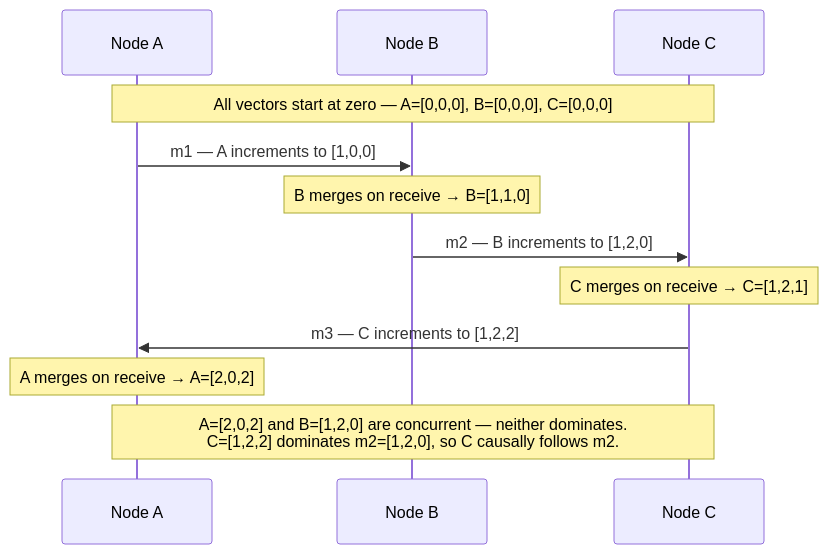
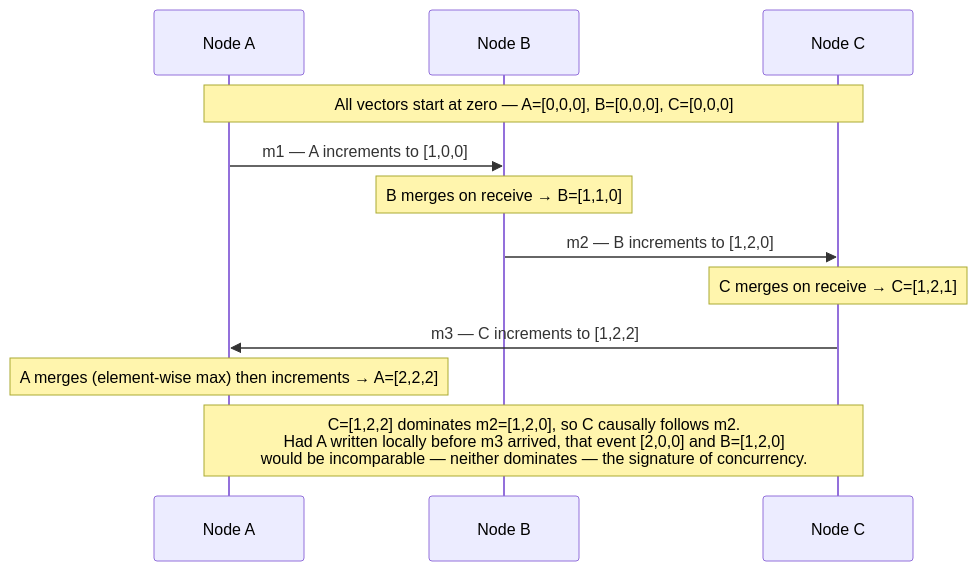
The third of 6 diagrams in src/main/java/com/rutik/systemdesign/database/consistency_models_and_consensus/README.md (rppol/system-design), drawn with Mermaid before and after one commit. The commit also changed other lines of this file and 4 other files, not shown here.

````diff
--- a/src/main/java/com/rutik/systemdesign/database/consistency_models_and_consensus/README.md
+++ b/src/main/java/com/rutik/systemdesign/database/consistency_models_and_consensus/README.md
@@ -105,19 +105,19 @@
 ```mermaid
 sequenceDiagram
     participant A as Node A
     participant B as Node B
     participant C as Node C
 
     Note over A,C: All vectors start at zero — A=[0,0,0], B=[0,0,0], C=[0,0,0]
 
     A->>B: m1 — A increments to [1,0,0]
     Note over B: B merges on receive → B=[1,1,0]
 
     B->>C: m2 — B increments to [1,2,0]
     Note over C: C merges on receive → C=[1,2,1]
 
     C->>A: m3 — C increments to [1,2,2]
-    Note over A: A merges on receive → A=[2,0,2]
+    Note over A: A merges (element-wise max) then increments → A=[2,2,2]
 
-    Note over A,C: A=[2,0,2] and B=[1,2,0] are concurrent — neither dominates.<br/>C=[1,2,2] dominates m2=[1,2,0], so C causally follows m2.
+    Note over A,C: C=[1,2,2] dominates m2=[1,2,0], so C causally follows m2.<br/>Had A written locally before m3 arrived, that event [2,0,0] and B=[1,2,0]<br/>would be incomparable — neither dominates — the signature of concurrency.
 ```
````
